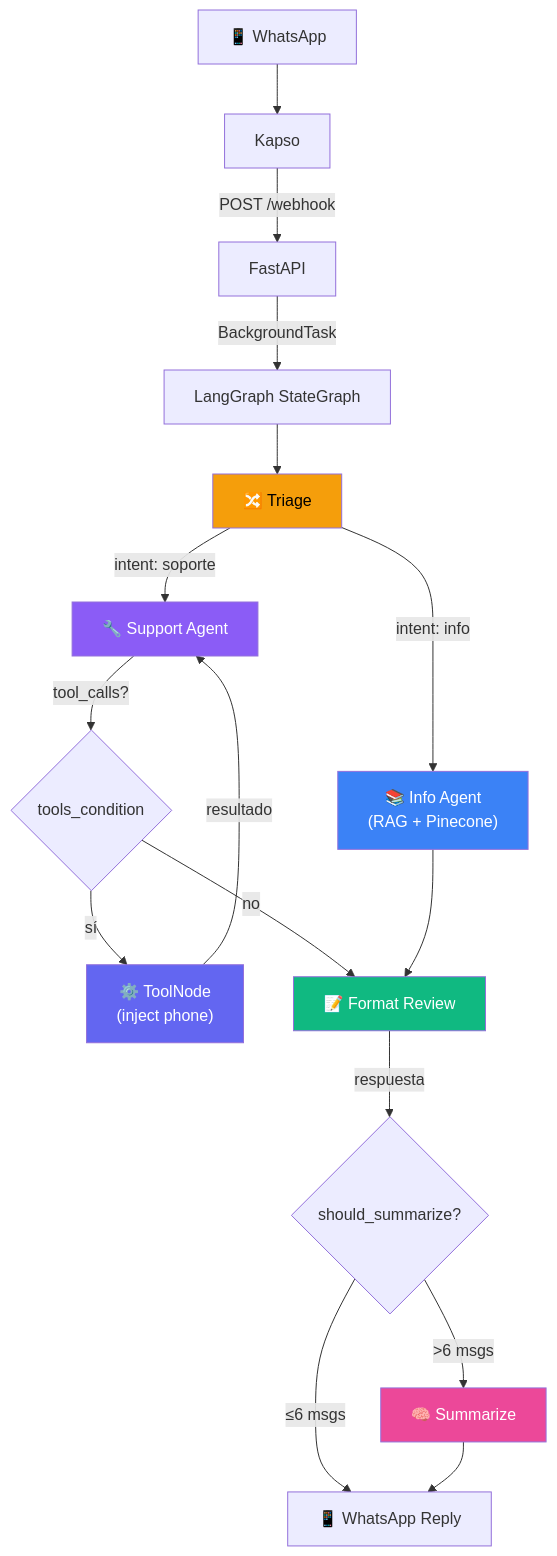
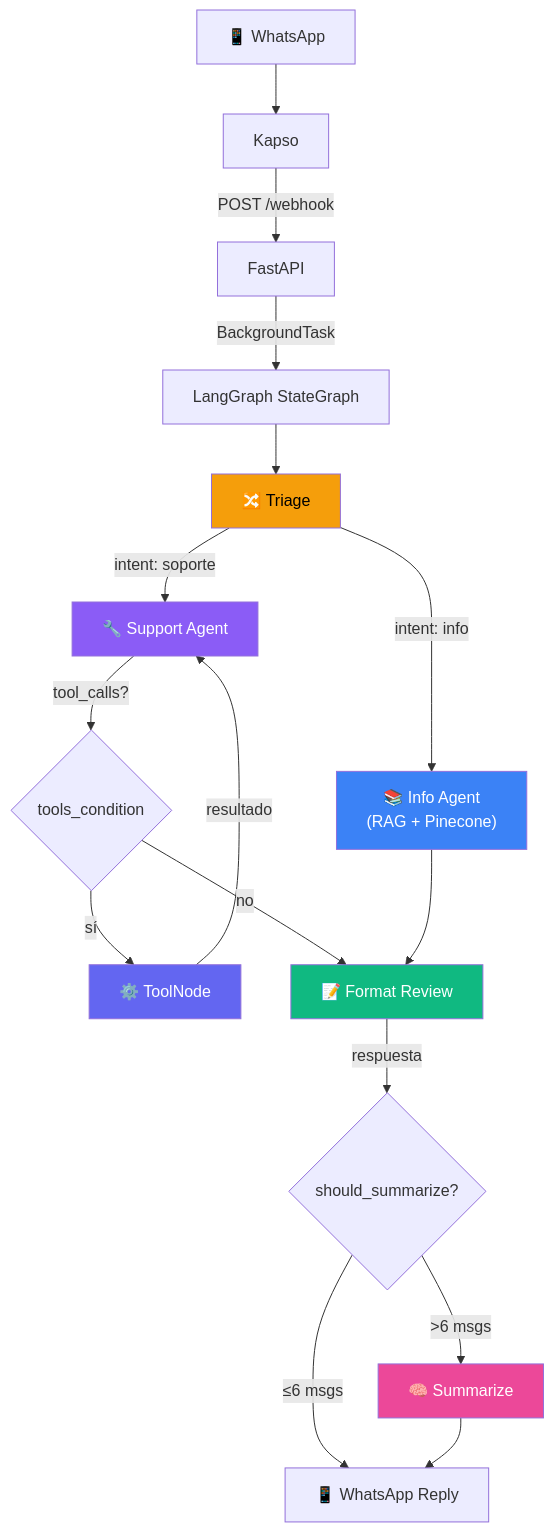
One commit to FacundoMuruchi/support-chatbot changed the diagram in README.md. Above: the diagram before and after it, drawn with Mermaid. The commit also changed other lines of this file and 3 other files, not shown here.

````diff
--- a/README.md
+++ b/README.md
@@ -7,28 +7,28 @@
 ```mermaid
 graph TD
     WA["📱 WhatsApp"] --> K["Kapso"]
     K -->|POST /webhook| API["FastAPI"]
     API -->|BackgroundTask| G["LangGraph StateGraph"]
 
     G --> T["🔀 Triage"]
     T -->|"intent: info"| IA["📚 Info Agent<br/>(RAG + Pinecone)"]
     T -->|"intent: soporte"| SA["🔧 Support Agent"]
 
     SA -->|tool_calls?| TC{"tools_condition"}
-    TC -->|sí| TOOLS["⚙️ ToolNode<br/>(inject phone)"]
+    TC -->|sí| TOOLS["⚙️ ToolNode"]
     TOOLS -->|resultado| SA
     TC -->|no| FR["📝 Format Review"]
 
     IA --> FR
     FR -->|respuesta| SUM{"should_summarize?"}
     SUM -->|">6 msgs"| SC["🧠 Summarize"]
     SUM -->|"≤6 msgs"| REPLY["📱 WhatsApp Reply"]
     SC --> REPLY
 
     style T fill:#f59e0b,color:#000
     style IA fill:#3b82f6,color:#fff
     style SA fill:#8b5cf6,color:#fff
     style TOOLS fill:#6366f1,color:#fff
     style FR fill:#10b981,color:#fff
     style SC fill:#ec4899,color:#fff
 ```
````
